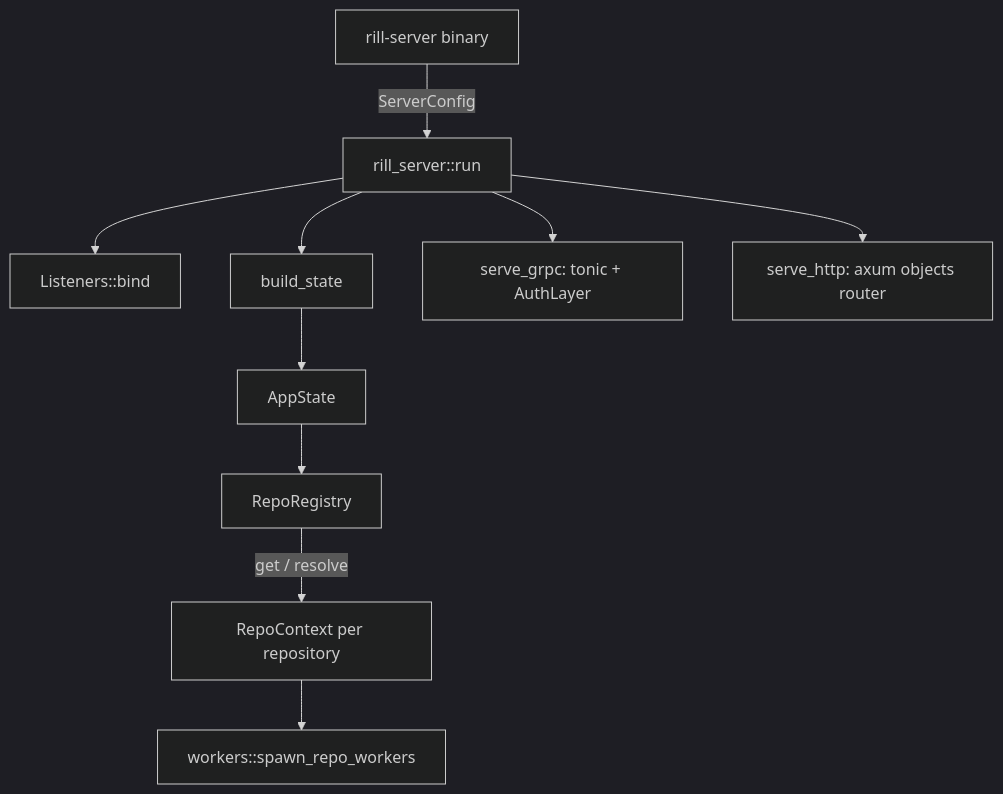
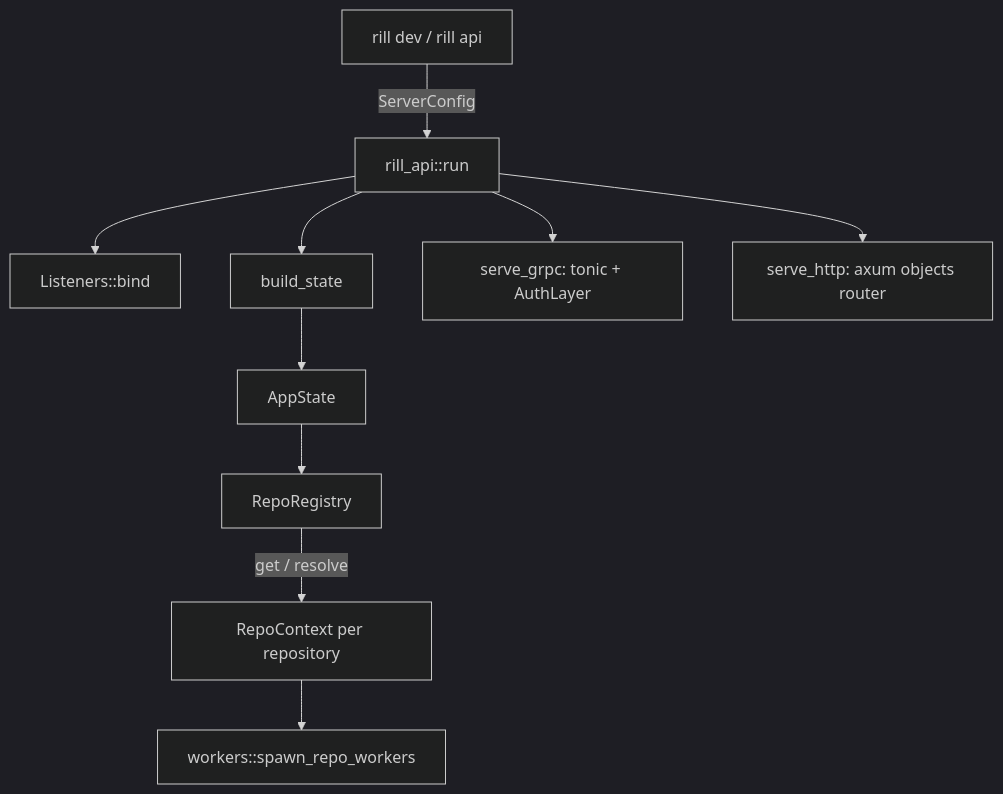
One commit to envoy1084/rill changed the first of 2 diagrams in architecture/07-runtime/server.md. Above: the diagram before and after it, drawn with Mermaid (dark theme). The commit also changed other lines of this file and 116 other files, not shown here.

First line of the commit message:
api,cli: rename rill-server to rill-api; rill dev and rill api replace the server binary

````diff
--- a/architecture/07-runtime/server.md
+++ b/architecture/07-runtime/server.md
@@ -10,12 +10,12 @@
 ```mermaid
 flowchart TD
-    Bin[rill-server binary] -->|ServerConfig| Run[rill_server::run]
+    Bin[rill dev / rill api] -->|ServerConfig| Run[rill_api::run]
     Run --> L[Listeners::bind]
     Run --> BS[build_state]
     BS --> AS[AppState]
     AS --> RR[RepoRegistry]
     RR -->|get / resolve| RC[RepoContext per repository]
     RC --> W[workers::spawn_repo_workers]
     Run --> G[serve_grpc: tonic + AuthLayer]
     Run --> H[serve_http: axum objects router]
 ```
````
